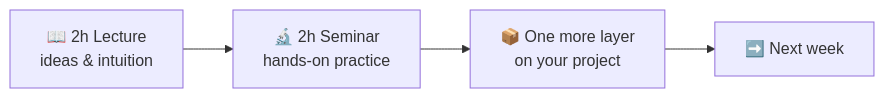
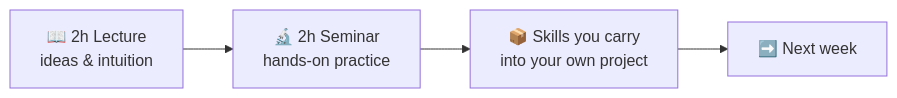
One commit to MindaugasSarpis/CERN_lessons_on_data_analysis changed the second of 4 diagrams in lectures/content/slides/01_Orientation.md. Above: the diagram before and after it, drawn with Mermaid. The commit also changed other lines of this file and 85 other files, not shown here.

````diff
--- a/lectures/content/slides/01_Orientation.md
+++ b/lectures/content/slides/01_Orientation.md
@@ -655,6 +688,6 @@
-```mermaid {scale: 0.72}
+```mermaid {scale: 0.62}
 graph LR
     L[📖 2h Lecture<br/>ideas & intuition] --> S[🔬 2h Seminar<br/>hands-on practice]
-    S --> P[📦 One more layer<br/>on your project]
+    S --> P[📦 Skills you carry<br/>into your own project]
     P --> N[➡️ Next week]
 ```
````
